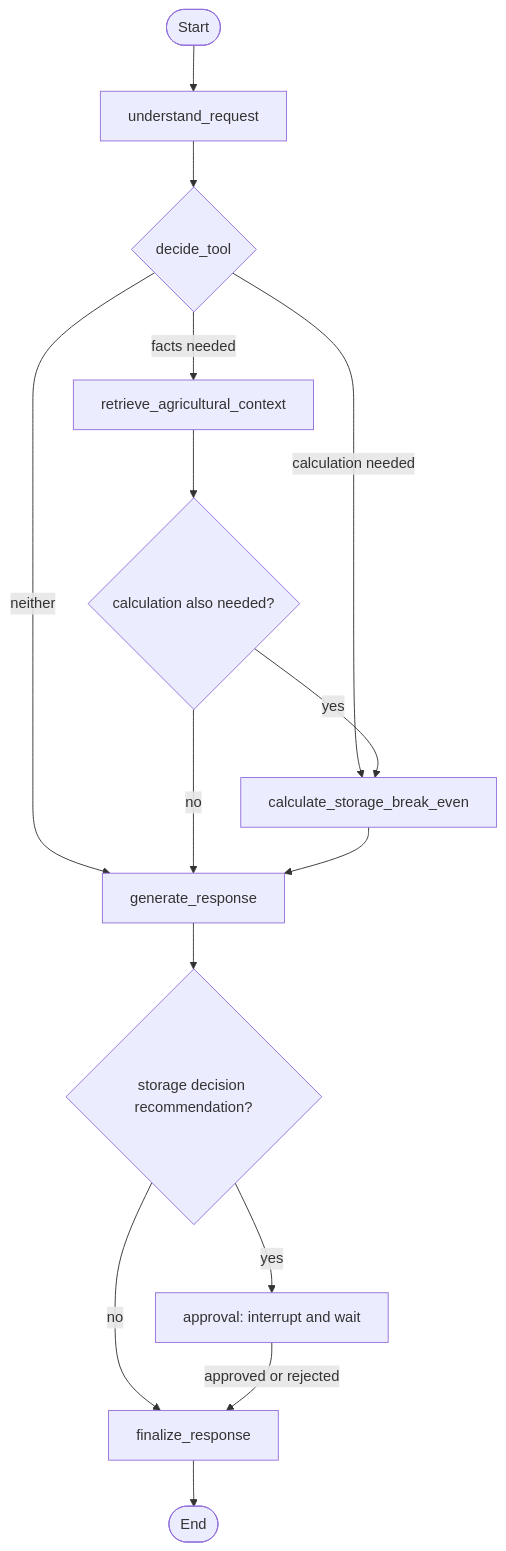
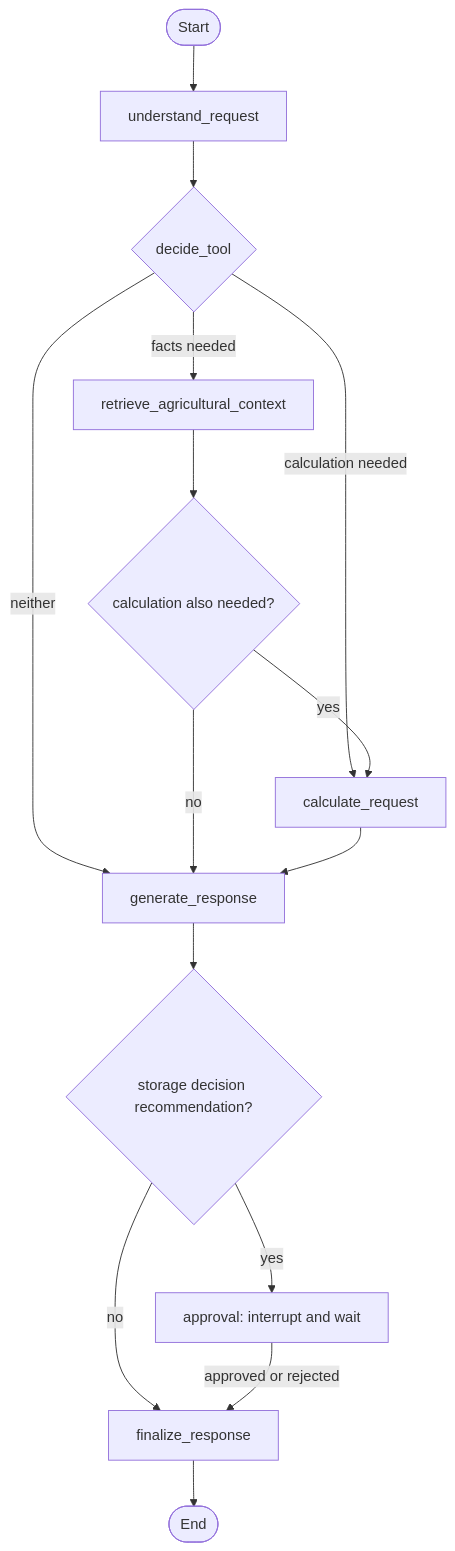
Before and after one commit to sumitshinde2006/Gen-Ai-Training: the diagram in docs/agentic-ai.md, drawn with Mermaid. The commit also changed other lines of this file and 13 other files, not shown here.

````diff
--- a/docs/agentic-ai.md
+++ b/docs/agentic-ai.md
@@ -54,17 +77,17 @@
 ```mermaid
 flowchart TD
     A([Start]) --> B[understand_request]
     B --> C{decide_tool}
     C -->|facts needed| D[retrieve_agricultural_context]
-    C -->|calculation needed| E[calculate_storage_break_even]
+    C -->|calculation needed| E[calculate_request]
     C -->|neither| F[generate_response]
     D --> G{calculation also needed?}
     G -->|yes| E
     G -->|no| F
     E --> F
     F --> H{storage decision recommendation?}
     H -->|yes| I[approval: interrupt and wait]
     H -->|no| J[finalize_response]
     I -->|approved or rejected| J
     J --> K([End])
 ```
````
